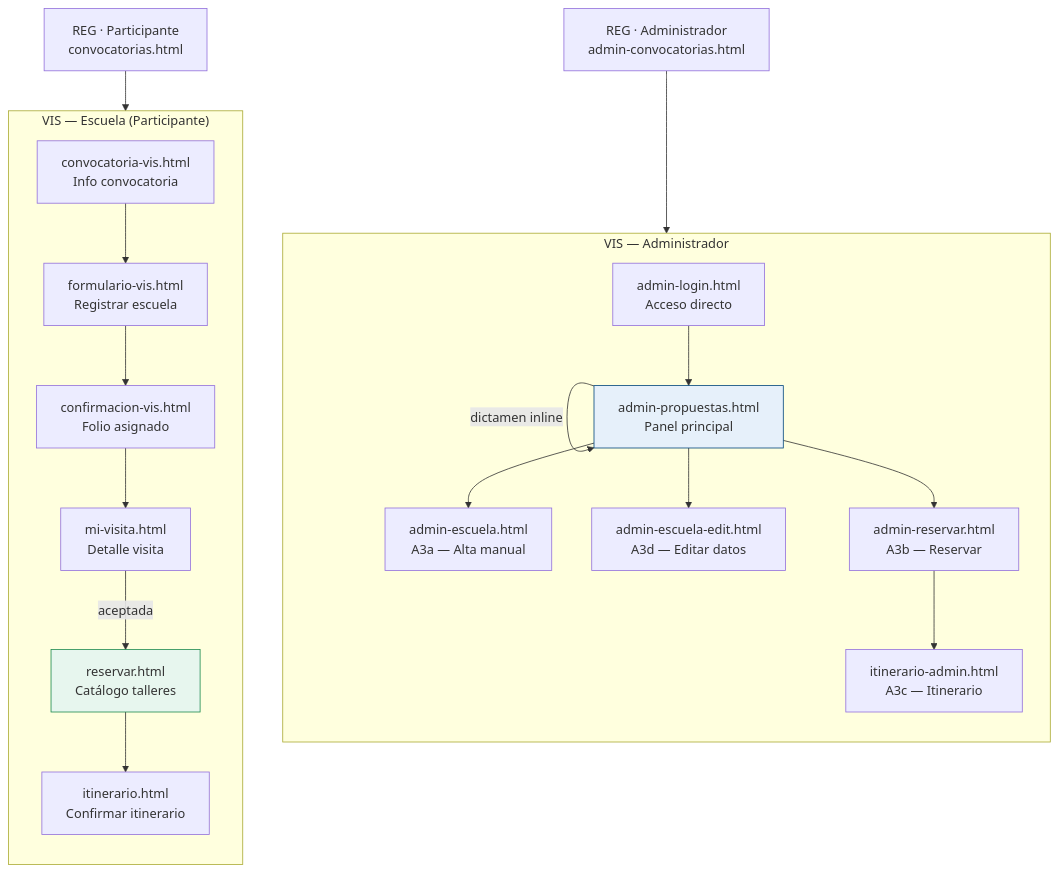
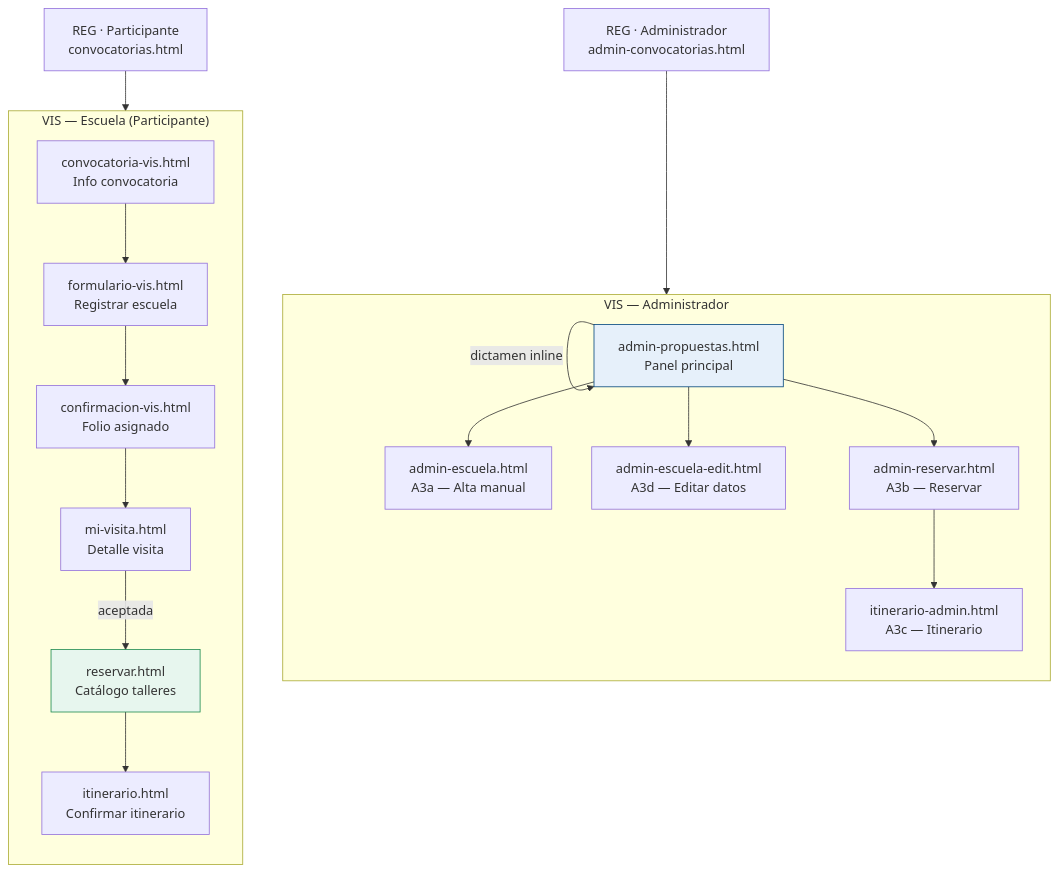
One commit to Proyectos-Vinculacion-FMAT/FILEYapp26 changed the diagram in prototipo/VIS/README.md. Above: the diagram before and after it, drawn with Mermaid. The commit also changed other lines of this file and 11 other files, not shown here.

````diff
--- a/prototipo/VIS/README.md
+++ b/prototipo/VIS/README.md
@@ -40,27 +40,27 @@
 ```mermaid
 flowchart TD
     subgraph VIS_PART["VIS — Escuela (Participante)"]
         direction TB
         VP1["convocatoria-vis.html\nInfo convocatoria"] --> VP2["formulario-vis.html\nRegistrar escuela"]
         VP2 --> VP3["confirmacion-vis.html\nFolio asignado"]
         VP3 --> VP4["mi-visita.html\nDetalle visita"]
         VP4 -->|aceptada| VP5["reservar.html\nCatálogo talleres"]
         VP5 --> VP6["itinerario.html\nConfirmar itinerario"]
     end
 
     subgraph VIS_ADMIN["VIS — Administrador"]
         direction TB
-        VA1["admin-login.html\nAcceso directo"] --> VA2["admin-propuestas.html\nPanel principal"]
+        VA2["admin-propuestas.html\nPanel principal"]
         VA2 -->|dictamen inline| VA2
         VA2 --> VA3["admin-escuela.html\nA3a — Alta manual"]
         VA2 --> VA4["admin-escuela-edit.html\nA3d — Editar datos"]
         VA2 --> VA5["admin-reservar.html\nA3b — Reservar"]
         VA5 --> VA6["itinerario-admin.html\nA3c — Itinerario"]
     end
 
     REG_PART["REG · Participante\nconvocatorias.html"] --> VP1
     REG_ADMIN["REG · Administrador\nadmin-convocatorias.html"] --> VA2
 
     style VA2 fill:#e6f0fa,stroke:#01457C
     style VP5 fill:#e7f6ee,stroke:#1d8a4e
 ```
````
